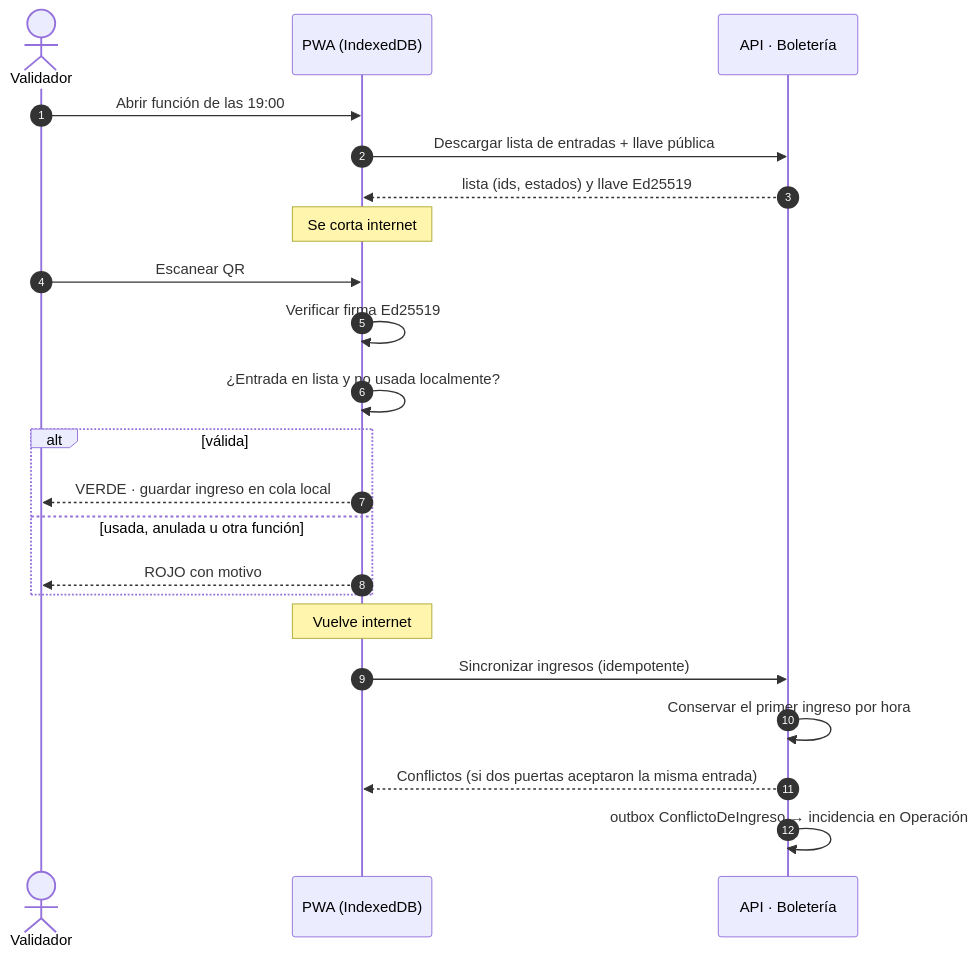
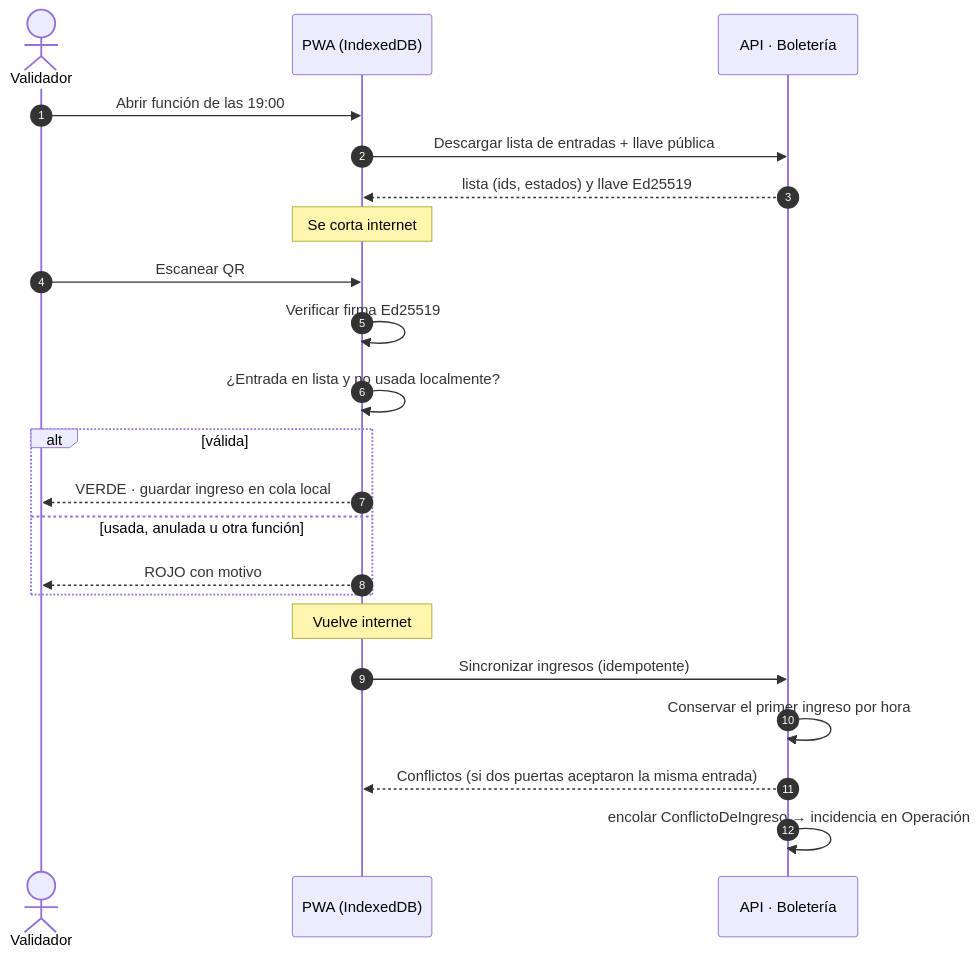
One commit to Kevrc/festival-artes-vivas-loja changed the fourth of 9 diagrams in docs/arquitectura/03-vista-procesos.md. Above: the diagram before and after it, drawn with Mermaid. The commit also changed other lines of this file and 5 other files, not shown here.

````diff
--- a/docs/arquitectura/03-vista-procesos.md
+++ b/docs/arquitectura/03-vista-procesos.md
@@ -114,24 +110,24 @@
 ```mermaid
 sequenceDiagram
     autonumber
     actor V as Validador
     participant P as PWA (IndexedDB)
     participant API as API · Boletería
     V->>P: Abrir función de las 19:00
     P->>API: Descargar lista de entradas + llave pública
     API-->>P: lista (ids, estados) y llave Ed25519
     Note over P: Se corta internet
     V->>P: Escanear QR
     P->>P: Verificar firma Ed25519
     P->>P: ¿Entrada en lista y no usada localmente?
     alt válida
         P-->>V: VERDE · guardar ingreso en cola local
     else usada, anulada u otra función
         P-->>V: ROJO con motivo
     end
     Note over P: Vuelve internet
     P->>API: Sincronizar ingresos (idempotente)
     API->>API: Conservar el primer ingreso por hora
     API-->>P: Conflictos (si dos puertas aceptaron la misma entrada)
-    API->>API: outbox ConflictoDeIngreso → incidencia en Operación
+    API->>API: encolar ConflictoDeIngreso → incidencia en Operación
 ```
````
